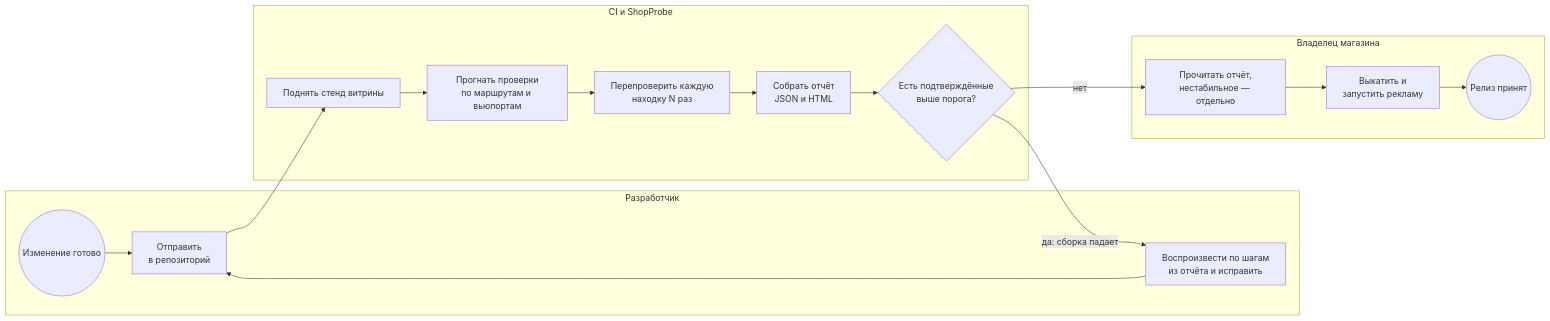
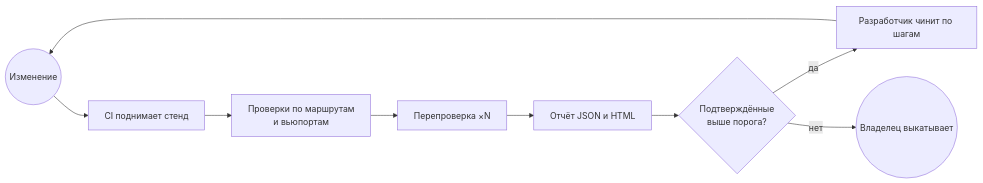
One commit to Georgy213123/ai-product-engineering changed the second of 2 diagrams in projects/02-shopprobe/docs/02-analysis/processes.md. Above: the diagram before and after it, drawn with Mermaid. The commit also changed other lines of this file and 17 other files, not shown here.

````diff
--- a/projects/02-shopprobe/docs/02-analysis/processes.md
+++ b/projects/02-shopprobe/docs/02-analysis/processes.md
@@ -37,17 +18,9 @@
 ```mermaid
 flowchart LR
-  subgraph DEV[Разработчик]
-    A((Изменение готово)) --> B[Отправить<br>в репозиторий]
-    H[Воспроизвести по шагам<br>из отчёта и исправить]
-  end
-  subgraph CI[CI и ShopProbe]
-    C[Поднять стенд витрины] --> D[Прогнать проверки<br>по маршрутам и вьюпортам]
-    D --> E[Перепроверить каждую<br>находку N раз] --> F[Собрать отчёт<br>JSON и HTML] --> G{Есть подтверждённые<br>выше порога?}
-  end
-  subgraph OWN[Владелец магазина]
-    I[Прочитать отчёт,<br>нестабильное — отдельно] --> J[Выкатить и<br>запустить рекламу] --> K((Релиз принят))
-  end
-  B --> C
-  G -- да: сборка падает --> H --> B
-  G -- нет --> I
+  A((Изменение)) --> C[CI поднимает стенд]
+  C --> D[Проверки по маршрутам<br>и вьюпортам]
+  D --> E[Перепроверка ×N] --> F[Отчёт JSON и HTML]
+  F --> G{Подтверждённые<br>выше порога?}
+  G -- да --> H[Разработчик чинит по шагам] --> A
+  G -- нет --> I((Владелец выкатывает))
 ```
````
